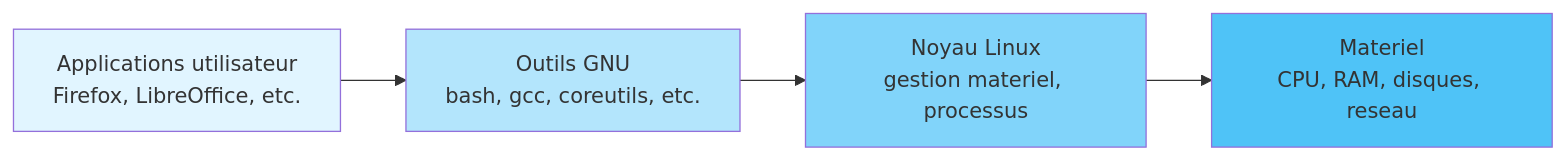
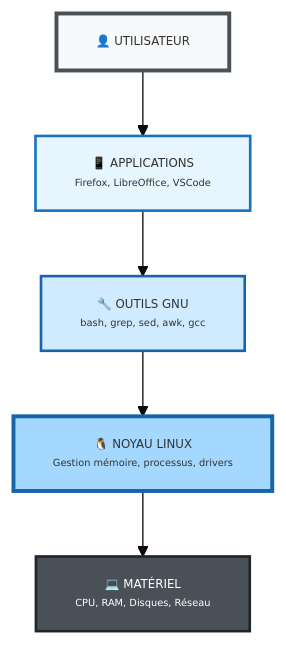
The first of 3 diagrams in pages/01-introduction-unix-linux.md (JSurquin/kibana2), drawn with Mermaid before and after one commit. The commit also changed other lines of this file and 12 other files, not shown here.

````diff
--- a/pages/01-introduction-unix-linux.md
+++ b/pages/01-introduction-unix-linux.md
@@ -74,16 +80,20 @@
 ```mermaid
-graph LR
-    A["Applications utilisateur<br/>Firefox, LibreOffice, etc."]
-    B["Outils GNU<br/>bash, gcc, coreutils, etc."]
-    C["Noyau Linux<br/>gestion materiel, processus"]
-    D["Materiel<br/>CPU, RAM, disques, reseau"]
+%%{init: {'theme':'base', 'themeVariables': {'fontSize':'9px', 'marginLeft': '50px'}}}%%
+graph TB
+    A["👤 UTILISATEUR"]
+    B["📱 APPLICATIONS<br/><small>Firefox, LibreOffice, VSCode</small>"]
+    C["🔧 OUTILS GNU<br/><small>bash, grep, sed, awk, gcc</small>"]
+    D["🐧 NOYAU LINUX<br/><small>Gestion mémoire, processus, drivers</small>"]
+    E["💻 MATÉRIEL<br/><small>CPU, RAM, Disques, Réseau</small>"]
     
     A --> B
     B --> C
     C --> D
+    D --> E
     
-    style A fill:#e1f5ff
-    style B fill:#b3e5fc
-    style C fill:#81d4fa
-    style D fill:#4fc3f7
+    style A fill:#f8f9fa,stroke:#495057,stroke-width:3px
+    style B fill:#e7f5ff,stroke:#1971c2,stroke-width:2px
+    style C fill:#d0ebff,stroke:#1864ab,stroke-width:2px
+    style D fill:#a5d8ff,stroke:#1864ab,stroke-width:3px
+    style E fill:#495057,stroke:#212529,stroke-width:2px,color:#fff
 ```
````
